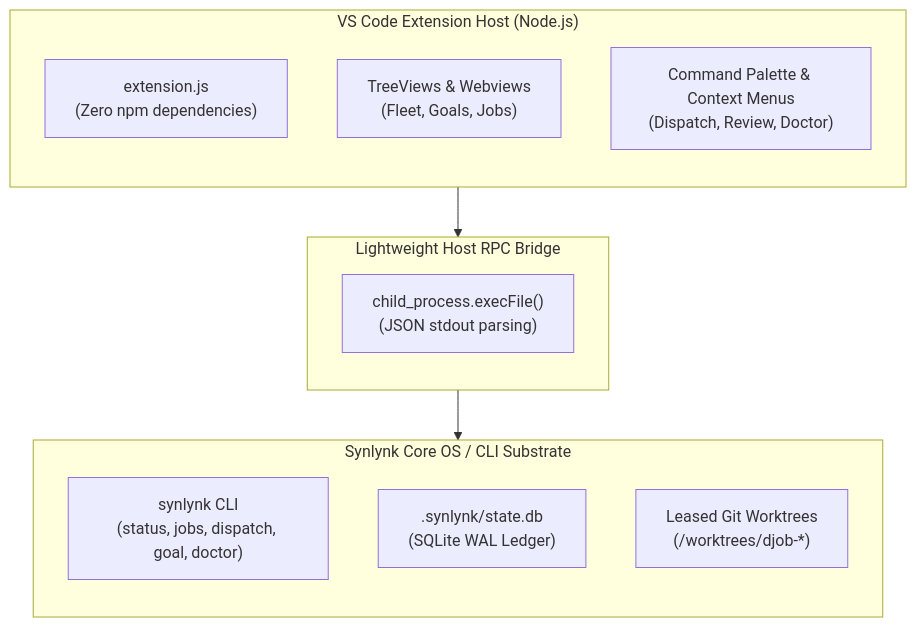
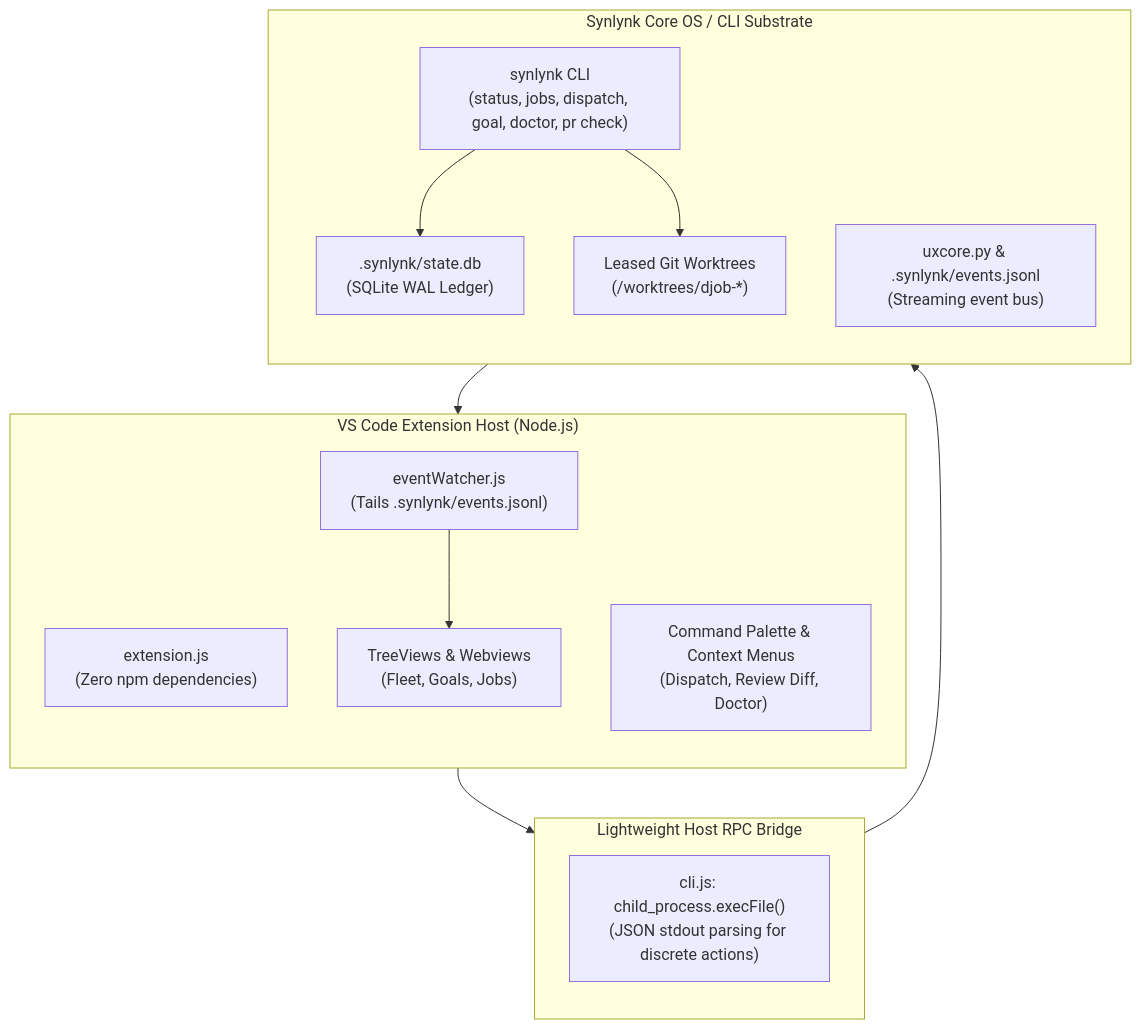
The first of 3 diagrams in docs/superpowers/specs/2026-10-18-vscode-extension-design.md (nikhilsoman/synlynk), drawn with Mermaid before and after one commit. The commit also changed other lines of this file, not shown here.

````diff
--- a/docs/superpowers/specs/2026-10-18-vscode-extension-design.md
+++ b/docs/superpowers/specs/2026-10-18-vscode-extension-design.md
@@ -35,24 +45,30 @@
 ```mermaid
 flowchart TD
     subgraph VSCode_Host["VS Code Extension Host (Node.js)"]
         direction TB
-        Act["extension.js<br/>(Zero npm dependencies)"]
+        Ext["extension.js<br/>(Zero npm dependencies)"]
         Views["TreeViews & Webviews<br/>(Fleet, Goals, Jobs)"]
-        Commands["Command Palette & Context Menus<br/>(Dispatch, Review, Doctor)"]
+        Commands["Command Palette & Context Menus<br/>(Dispatch, Review Diff, Doctor)"]
+        EventTailer["eventWatcher.js<br/>(Tails .synlynk/events.jsonl)"]
     end
 
     subgraph RPC_Layer["Lightweight Host RPC Bridge"]
         direction TB
-        Bridge["child_process.execFile()<br/>(JSON stdout parsing)"]
+        Bridge["cli.js: child_process.execFile()<br/>(JSON stdout parsing for discrete actions)"]
     end
 
     subgraph Synlynk_Kernel["Synlynk Core OS / CLI Substrate"]
         direction TB
-        CLI["synlynk CLI<br/>(status, jobs, dispatch, goal, doctor)"]
+        CLI["synlynk CLI<br/>(status, jobs, dispatch, goal, doctor, pr check)"]
+        UXCore["uxcore.py & .synlynk/events.jsonl<br/>(Streaming event bus)"]
         StateDB[".synlynk/state.db<br/>(SQLite WAL Ledger)"]
         Worktrees["Leased Git Worktrees<br/>(/worktrees/djob-*)"]
     end
 
     VSCode_Host --> RPC_Layer
-    RPC_Layer --> Synlynk_Kernel
+    RPC_Layer --> CLI
+    CLI --> StateDB
+    CLI --> Worktrees
+    UXCore --> EventTailer
+    EventTailer --> Views
 ```
````
